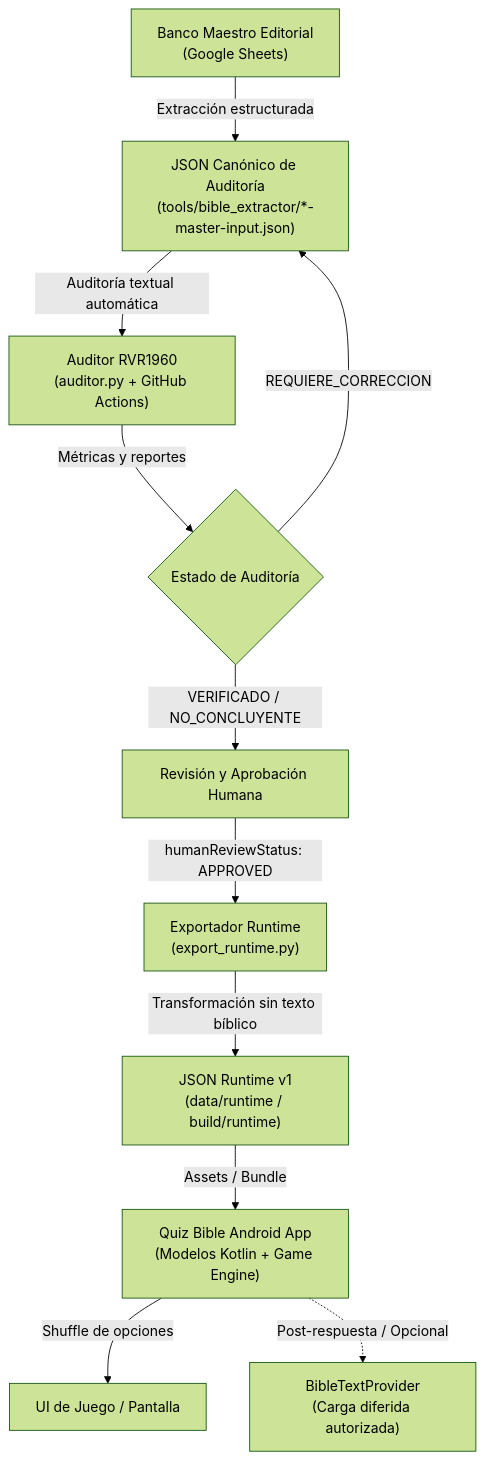
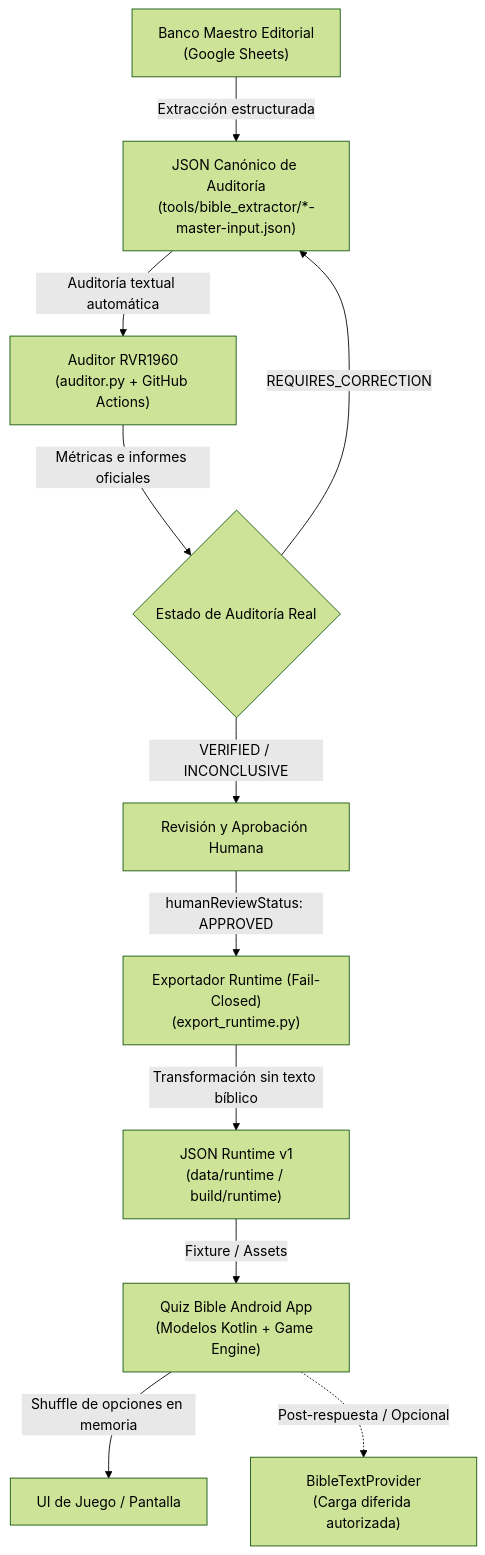
Before and after one commit to neuronova-apps/quiz-bible: the diagram in docs/runtime-bank-architecture.md, drawn with Mermaid (forest theme). The commit also changed other lines of this file and 1 other file, not shown here.

Commit message:
docs(runtime): documentar cierre definitivo del checkpoint y compatibilidad real Android

````diff
--- a/docs/runtime-bank-architecture.md
+++ b/docs/runtime-bank-architecture.md
@@ -12,13 +12,13 @@
 ```mermaid
 flowchart TD
     A["Banco Maestro Editorial<br/>(Google Sheets)"] -->|Extracción estructurada| B["JSON Canónico de Auditoría<br/>(tools/bible_extractor/*-master-input.json)"]
     B -->|Auditoría textual automática| C["Auditor RVR1960<br/>(auditor.py + GitHub Actions)"]
-    C -->|Métricas y reportes| D{"Estado de Auditoría"}
-    D -->|VERIFICADO / NO_CONCLUYENTE| E["Revisión y Aprobación Humana"]
-    D -->|REQUIERE_CORRECCION| B
-    E -->|humanReviewStatus: APPROVED| F["Exportador Runtime<br/>(export_runtime.py)"]
+    C -->|Métricas e informes oficiales| D{"Estado de Auditoría Real"}
+    D -->|VERIFIED / INCONCLUSIVE| E["Revisión y Aprobación Humana"]
+    D -->|REQUIRES_CORRECTION| B
+    E -->|humanReviewStatus: APPROVED| F["Exportador Runtime (Fail-Closed)<br/>(export_runtime.py)"]
     F -->|Transformación sin texto bíblico| G["JSON Runtime v1<br/>(data/runtime / build/runtime)"]
-    G -->|Assets / Bundle| H["Quiz Bible Android App<br/>(Modelos Kotlin + Game Engine)"]
-    H -->|Shuffle de opciones| I["UI de Juego / Pantalla"]
+    G -->|Fixture / Assets| H["Quiz Bible Android App<br/>(Modelos Kotlin + Game Engine)"]
+    H -->|Shuffle de opciones en memoria| I["UI de Juego / Pantalla"]
     H -.->|Post-respuesta / Opcional| J["BibleTextProvider<br/>(Carga diferida autorizada)"]
 ```
````
